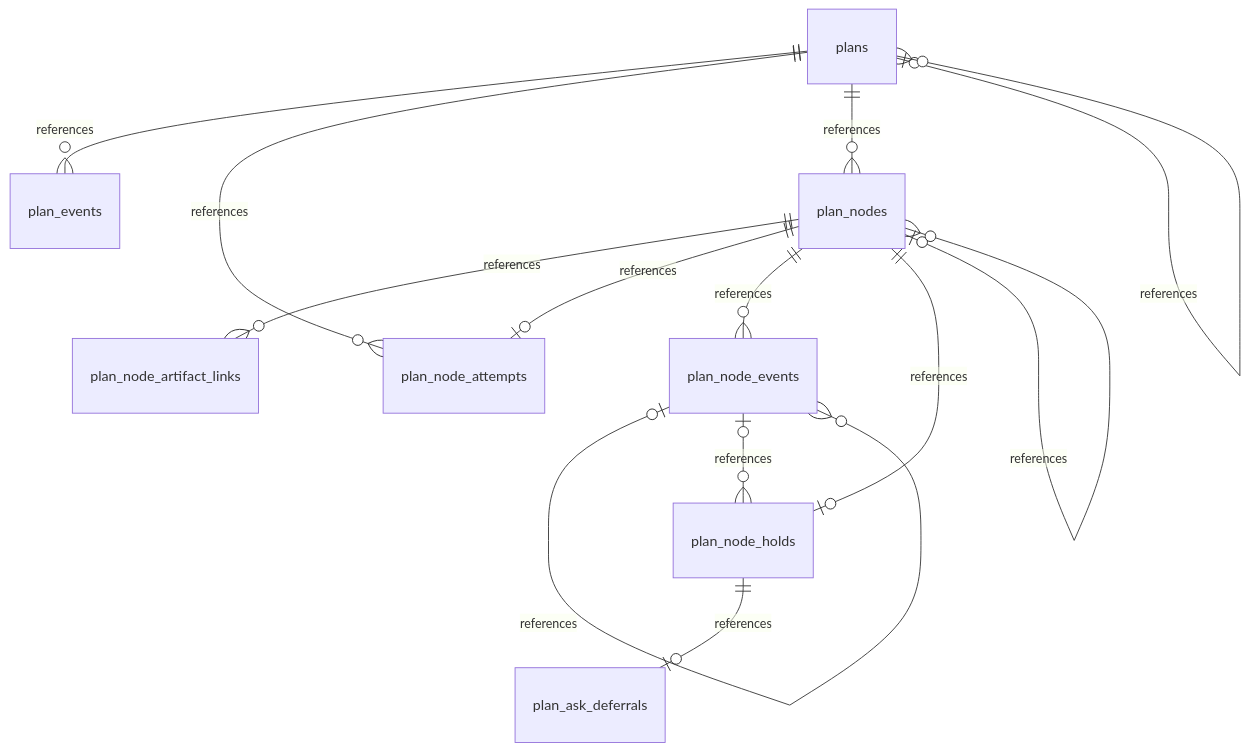
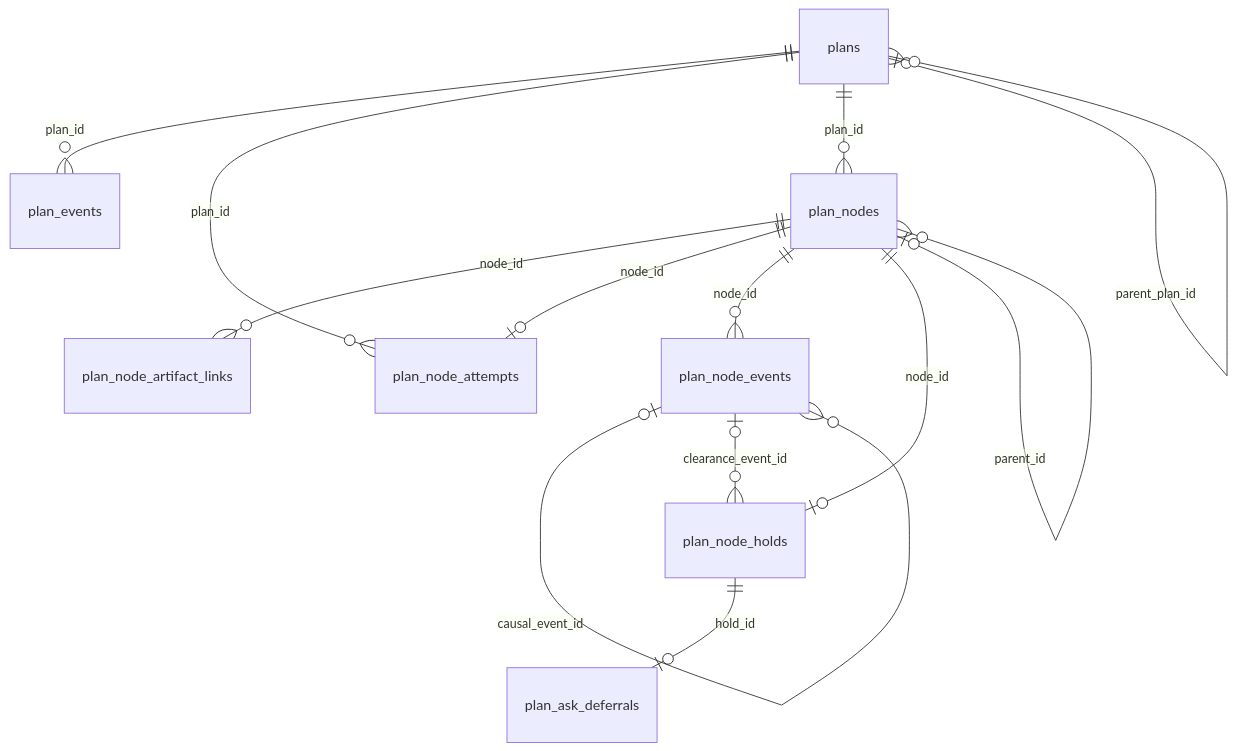
The first of 5 diagrams in docs/reference/data-model/plans.md (cebertowicz/corsia), drawn with Mermaid before and after one commit. The commit also changed other lines of this file and 10 other files, not shown here.

````diff
--- a/docs/reference/data-model/plans.md
+++ b/docs/reference/data-model/plans.md
@@ -7,18 +7,18 @@
 ```mermaid
 erDiagram
-    plan_node_holds ||--o| plan_ask_deferrals : references
-    plans ||--o{ plan_events : references
-    plan_nodes ||--o{ plan_node_artifact_links : references
-    plan_nodes ||--o| plan_node_attempts : references
-    plans ||--o{ plan_node_attempts : references
-    plan_node_events o|--o{ plan_node_events : references
-    plan_nodes ||--o{ plan_node_events : references
-    plan_node_events o|--o{ plan_node_holds : references
-    plan_nodes ||--o| plan_node_holds : references
-    plan_nodes ||--o{ plan_nodes : references
-    plan_nodes o|--o{ plan_nodes : references
-    plan_nodes o|--o{ plan_nodes : references
-    plan_nodes o|--o{ plan_nodes : references
-    plans ||--o{ plan_nodes : references
-    plans o|--o{ plans : references
+    plan_node_holds ||--o| plan_ask_deferrals : hold_id
+    plans ||--o{ plan_events : plan_id
+    plan_nodes ||--o{ plan_node_artifact_links : node_id
+    plan_nodes ||--o| plan_node_attempts : node_id
+    plans ||--o{ plan_node_attempts : plan_id
+    plan_node_events o|--o{ plan_node_events : causal_event_id
+    plan_nodes ||--o{ plan_node_events : node_id
+    plan_node_events o|--o{ plan_node_holds : clearance_event_id
+    plan_nodes ||--o| plan_node_holds : node_id
+    plan_nodes ||--o{ plan_nodes : commitment_id
+    plan_nodes o|--o{ plan_nodes : follow_up_of
+    plan_nodes o|--o{ plan_nodes : intent_node_id
+    plan_nodes o|--o{ plan_nodes : parent_id
+    plans ||--o{ plan_nodes : plan_id
+    plans o|--o{ plans : parent_plan_id
 ```
````
